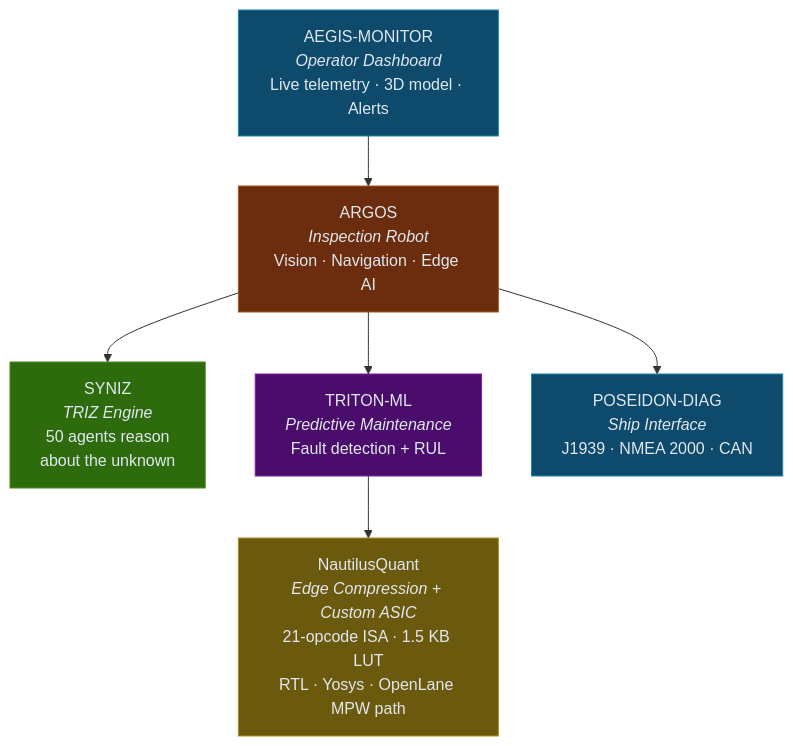
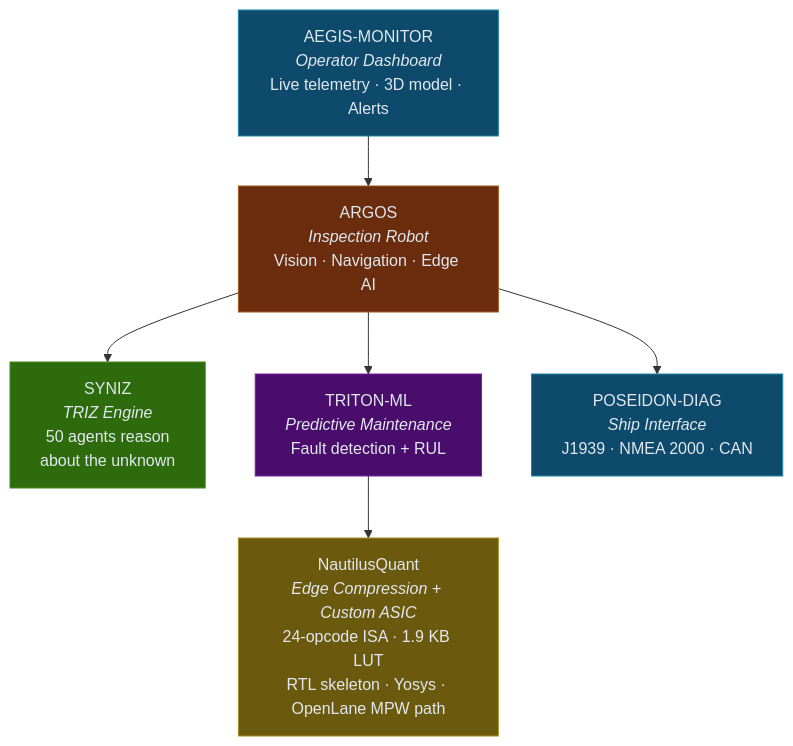
The diagram in README.md (ORTODOX1/ORTODOX1), drawn with Mermaid before and after one commit. The commit also changed other lines of this file and 1 other file, not shown here.

````diff
--- a/README.md
+++ b/README.md
@@ -40,18 +40,18 @@
 ```mermaid
 graph TD
     A["AEGIS-MONITOR<br/><i>Operator Dashboard</i><br/>Live telemetry · 3D model · Alerts"] --> B
     B["ARGOS<br/><i>Inspection Robot</i><br/>Vision · Navigation · Edge AI"] --> C
     B --> D
     B --> E
     C["SYNIZ<br/><i>TRIZ Engine</i><br/>50 agents reason<br/>about the unknown"]
     D["TRITON-ML<br/><i>Predictive Maintenance</i><br/>Fault detection + RUL"]
     E["POSEIDON-DIAG<br/><i>Ship Interface</i><br/>J1939 · NMEA 2000 · CAN"]
-    D --> F["NautilusQuant<br/><i>Edge Compression + Custom ASIC</i><br/>21-opcode ISA · 1.5 KB LUT<br/>RTL · Yosys · OpenLane MPW path"]
+    D --> F["NautilusQuant<br/><i>Edge Compression + Custom ASIC</i><br/>24-opcode ISA · 1.9 KB LUT<br/>RTL skeleton · Yosys · OpenLane MPW path"]
 
     style A fill:#0d4a6b,stroke:#1e88a8,color:#e2e8f0
     style B fill:#6b2d0d,stroke:#a8571e,color:#e2e8f0
     style C fill:#2d6b0d,stroke:#4a8a1e,color:#e2e8f0
     style D fill:#4a0d6b,stroke:#7a1ea8,color:#e2e8f0
     style E fill:#0d4a6b,stroke:#1e88a8,color:#e2e8f0
     style F fill:#6b5a0d,stroke:#a8901e,color:#e2e8f0
 ```
````
